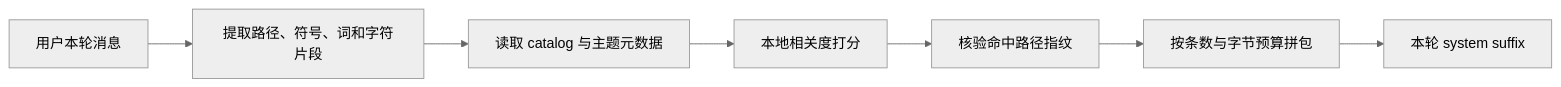
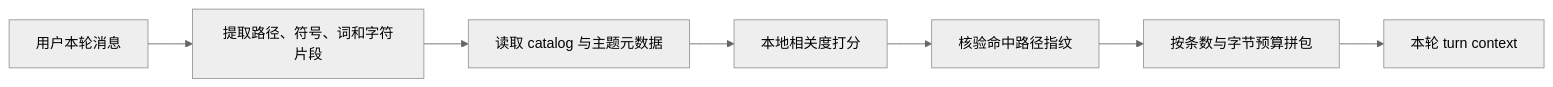
The diagram in docs/memory-system-design.md (relic-yuexi/LubanCode), drawn with Mermaid (neutral theme) before and after one commit. The commit also changed other lines of this file and 17 other files, not shown here.

````diff
--- a/docs/memory-system-design.md
+++ b/docs/memory-system-design.md
@@ -324,9 +324,9 @@
 ```mermaid
 flowchart LR
     U[用户本轮消息] --> Q[提取路径、符号、词和字符片段]
     Q --> I[读取 catalog 与主题元数据]
     I --> S[本地相关度打分]
     S --> F[核验命中路径指纹]
     F --> B[按条数与字节预算拼包]
-    B --> A[本轮 system suffix]
+    B --> A[本轮 turn context]
 ```
````
